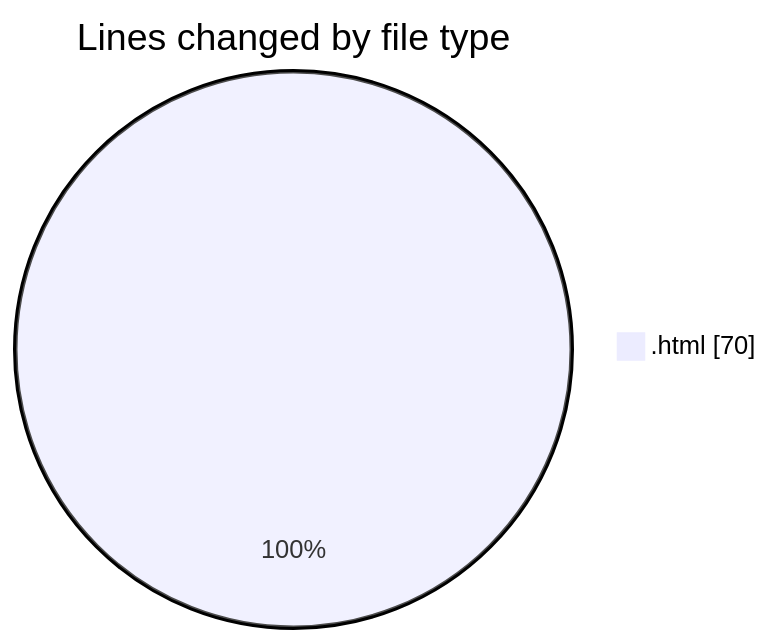
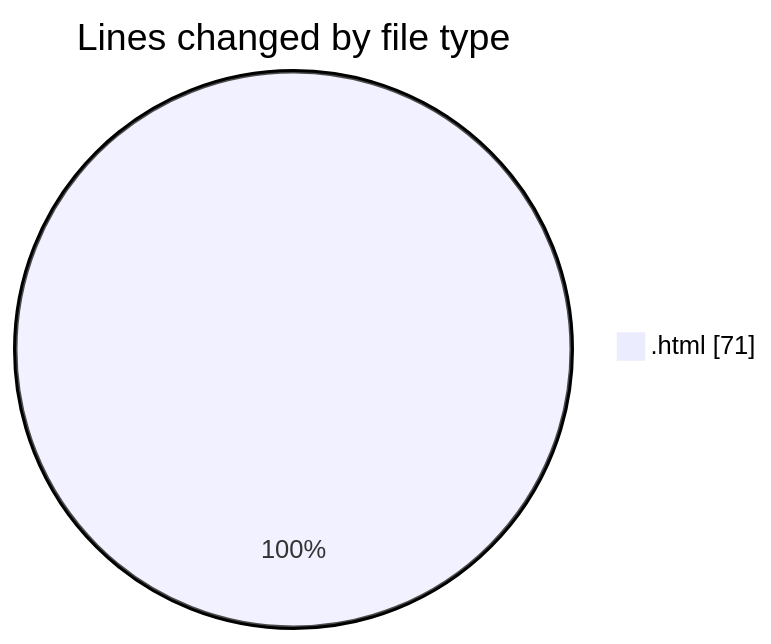
The first of 2 diagrams in 2025-10-24/javacript/README.md (nxtqubesakshisongat/code-tracking), drawn with Mermaid before and after one commit. The commit also changed other lines of this file and 1 other file, not shown here.

````diff
--- a/2025-10-24/javacript/README.md
+++ b/2025-10-24/javacript/README.md
@@ -20,5 +20,5 @@
 ```mermaid
 pie showData
 title Lines changed by file type
-".html" : 70
+".html" : 71
 ```
````
